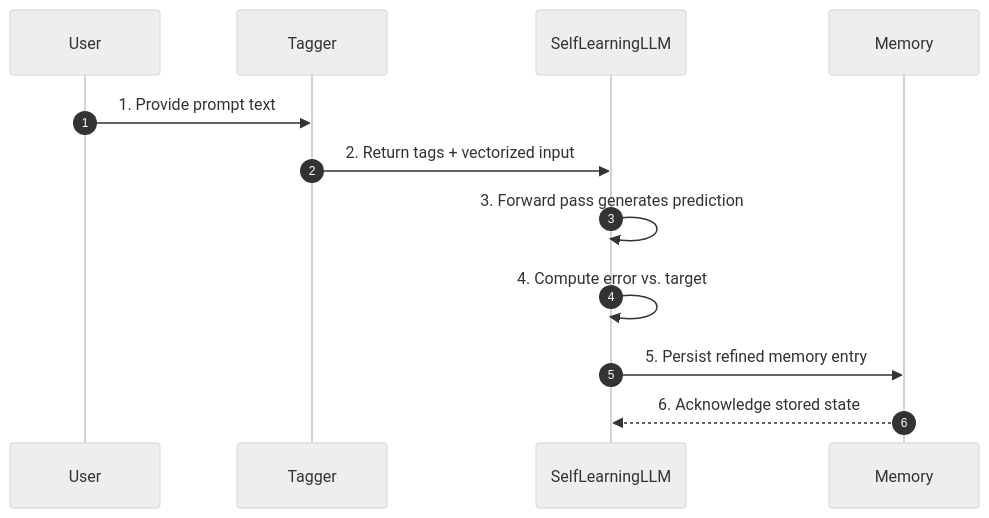
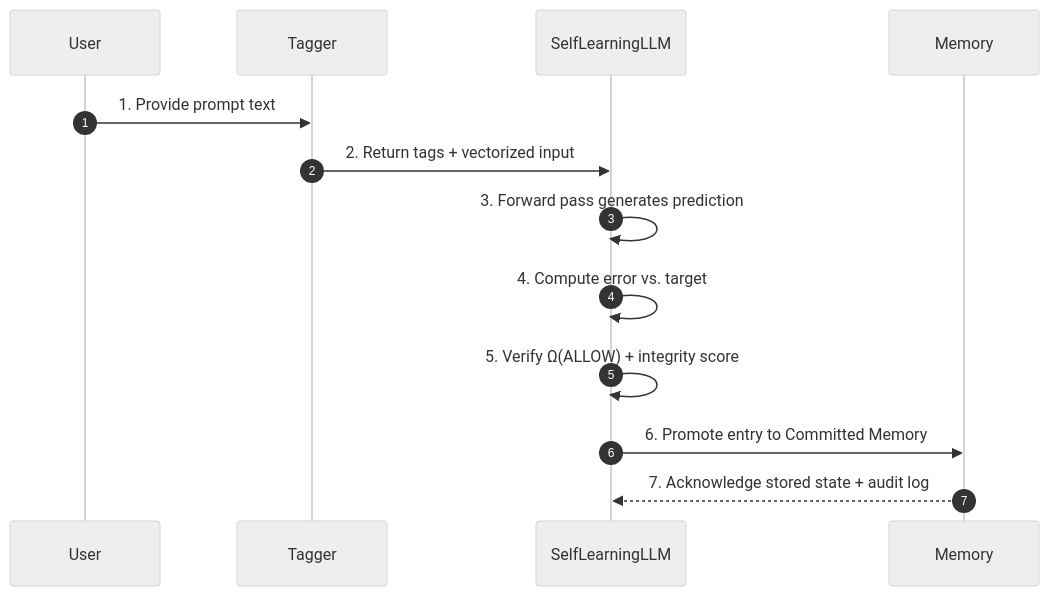
The diagram in docs/Contetual-base.md (bobdub/mind-garden-js), drawn with Mermaid (neutral theme) before and after one commit. The commit also changed other lines of this file and 1 other file, not shown here.

Commit message:
Complete phase 2 memory stabilization docs

````diff
--- a/docs/Contetual-base.md
+++ b/docs/Contetual-base.md
@@ -117,14 +127,15 @@
 ```mermaid
 sequenceDiagram
     autonumber
     participant U as User
     participant T as Tagger
     participant M as SelfLearningLLM
     participant Mem as Memory
     U->>T: 1. Provide prompt text
     T->>M: 2. Return tags + vectorized input
     M->>M: 3. Forward pass generates prediction
     M->>M: 4. Compute error vs. target
-    M->>Mem: 5. Persist refined memory entry
-    Mem-->>M: 6. Acknowledge stored state
+    M->>M: 5. Verify Ω(ALLOW) + integrity score
+    M->>Mem: 6. Promote entry to Committed Memory
+    Mem-->>M: 7. Acknowledge stored state + audit log
 ```
````
